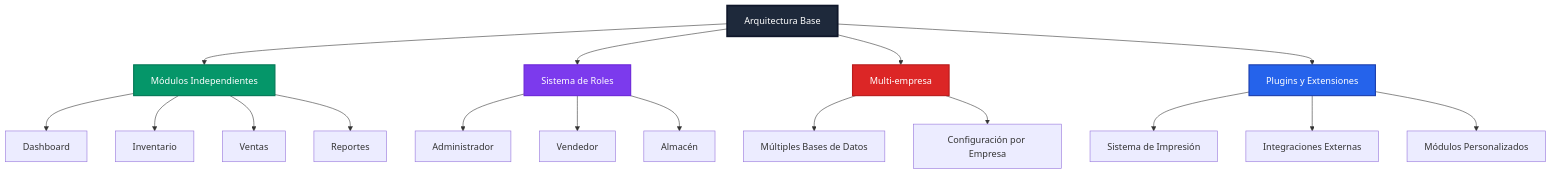
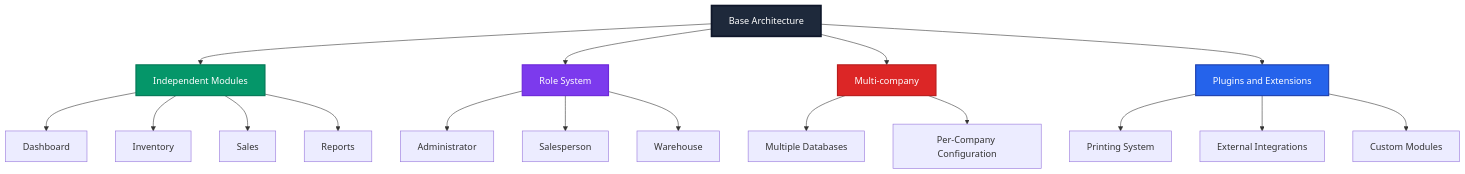
One commit to MohamedMusthaque/CeroCloud-Desktop changed the eighth of 8 diagrams in docs/ARCHITECTURE.md. Above: the diagram before and after it, drawn with Mermaid. The commit also changed other lines of this file and 17 other files, not shown here.

````diff
--- a/docs/ARCHITECTURE.md
+++ b/docs/ARCHITECTURE.md
@@ -241,29 +241,29 @@
 ```mermaid
 graph TD
-    A[Arquitectura Base] --> B[Módulos Independientes]
-    A --> C[Sistema de Roles]
-    A --> D[Multi-empresa]
-    A --> E[Plugins y Extensiones]
+    A[Base Architecture] --> B[Independent Modules]
+    A --> C[Role System]
+    A --> D[Multi-company]
+    A --> E[Plugins and Extensions]
     
     B --> B1[Dashboard]
-    B --> B2[Inventario]
-    B --> B3[Ventas]
-    B --> B4[Reportes]
+    B --> B2[Inventory]
+    B --> B3[Sales]
+    B --> B4[Reports]
     
-    C --> C1[Administrador]
-    C --> C2[Vendedor]
-    C --> C3[Almacén]
+    C --> C1[Administrator]
+    C --> C2[Salesperson]
+    C --> C3[Warehouse]
     
-    D --> D1[Múltiples Bases de Datos]
-    D --> D2[Configuración por Empresa]
+    D --> D1[Multiple Databases]
+    D --> D2[Per-Company Configuration]
     
-    E --> E1[Sistema de Impresión]
-    E --> E2[Integraciones Externas]
-    E --> E3[Módulos Personalizados]
+    E --> E1[Printing System]
+    E --> E2[External Integrations]
+    E --> E3[Custom Modules]
     
     style A fill:#1e293b,stroke:#0f172a,stroke-width:3px,color:#fff
     style B fill:#059669,stroke:#047857,stroke-width:2px,color:#fff
     style C fill:#7c3aed,stroke:#6d28d9,stroke-width:2px,color:#fff
     style D fill:#dc2626,stroke:#b91c1c,stroke-width:2px,color:#fff
     style E fill:#2563eb,stroke:#1e40af,stroke-width:2px,color:#fff
 ```
````
